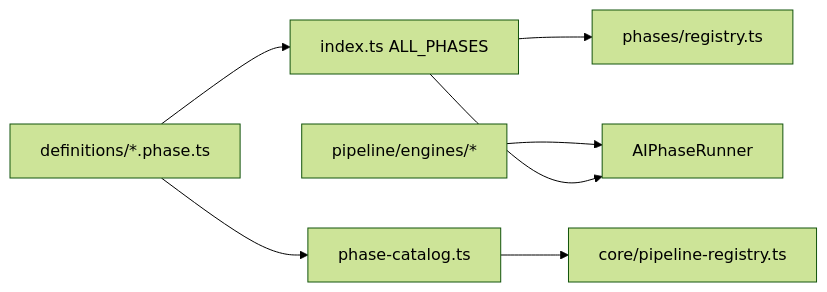
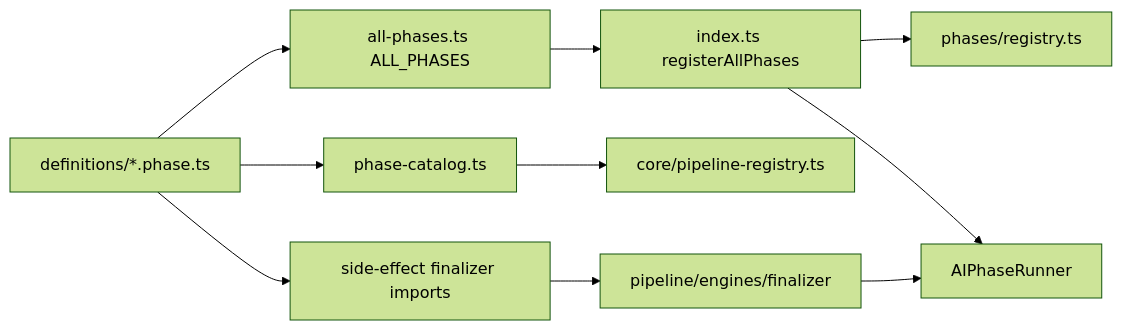
The diagram in electron/main/services/pipeline/definitions/README.md (KennethAtchon/Exva), drawn with Mermaid (forest theme) before and after one commit. The commit also changed other lines of this file and 19 other files, not shown here.

First line of the commit message:
Implement definition-first pipeline architecture and enhance phase organization

````diff
--- a/electron/main/services/pipeline/definitions/README.md
+++ b/electron/main/services/pipeline/definitions/README.md
@@ -16,9 +27,12 @@
 ```mermaid
 flowchart LR
-    PhaseFiles[definitions/*.phase.ts] --> Manifest[index.ts ALL_PHASES]
+    PhaseFiles[definitions/*.phase.ts] --> AllPhases[all-phases.ts ALL_PHASES]
     PhaseFiles --> Catalog[phase-catalog.ts]
+    AllPhases --> Manifest[index.ts registerAllPhases]
     Manifest --> PhaseRegistry[phases/registry.ts]
     Catalog --> PipelineRegistry[core/pipeline-registry.ts]
-    Engines[pipeline/engines/*] --> Runner[AIPhaseRunner]
+    PhaseFiles --> FinalizerImport[side-effect finalizer imports]
+    FinalizerImport --> Engines[pipeline/engines/finalizer]
+    Engines --> Runner[AIPhaseRunner]
     Manifest --> Runner
 ```
````
